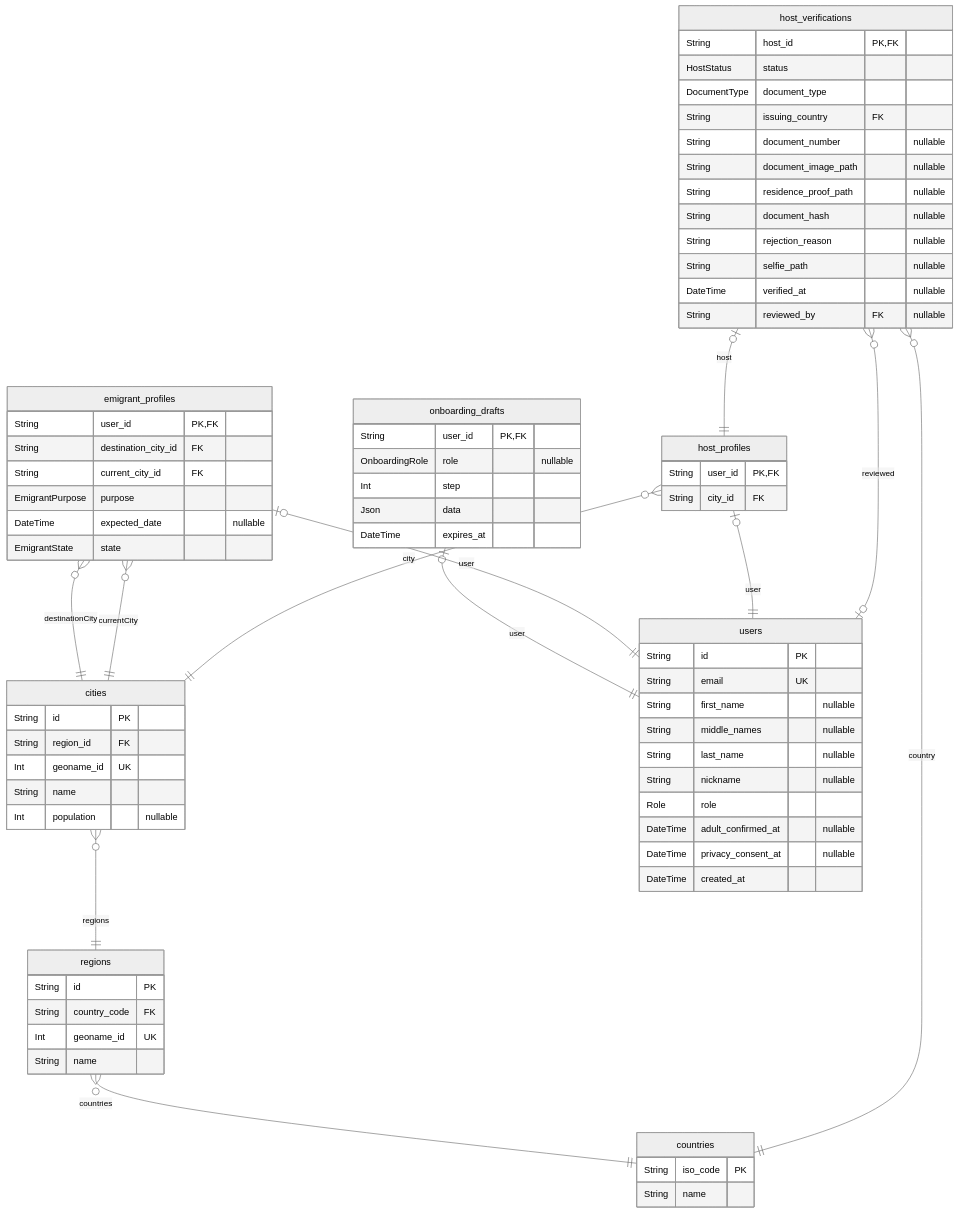
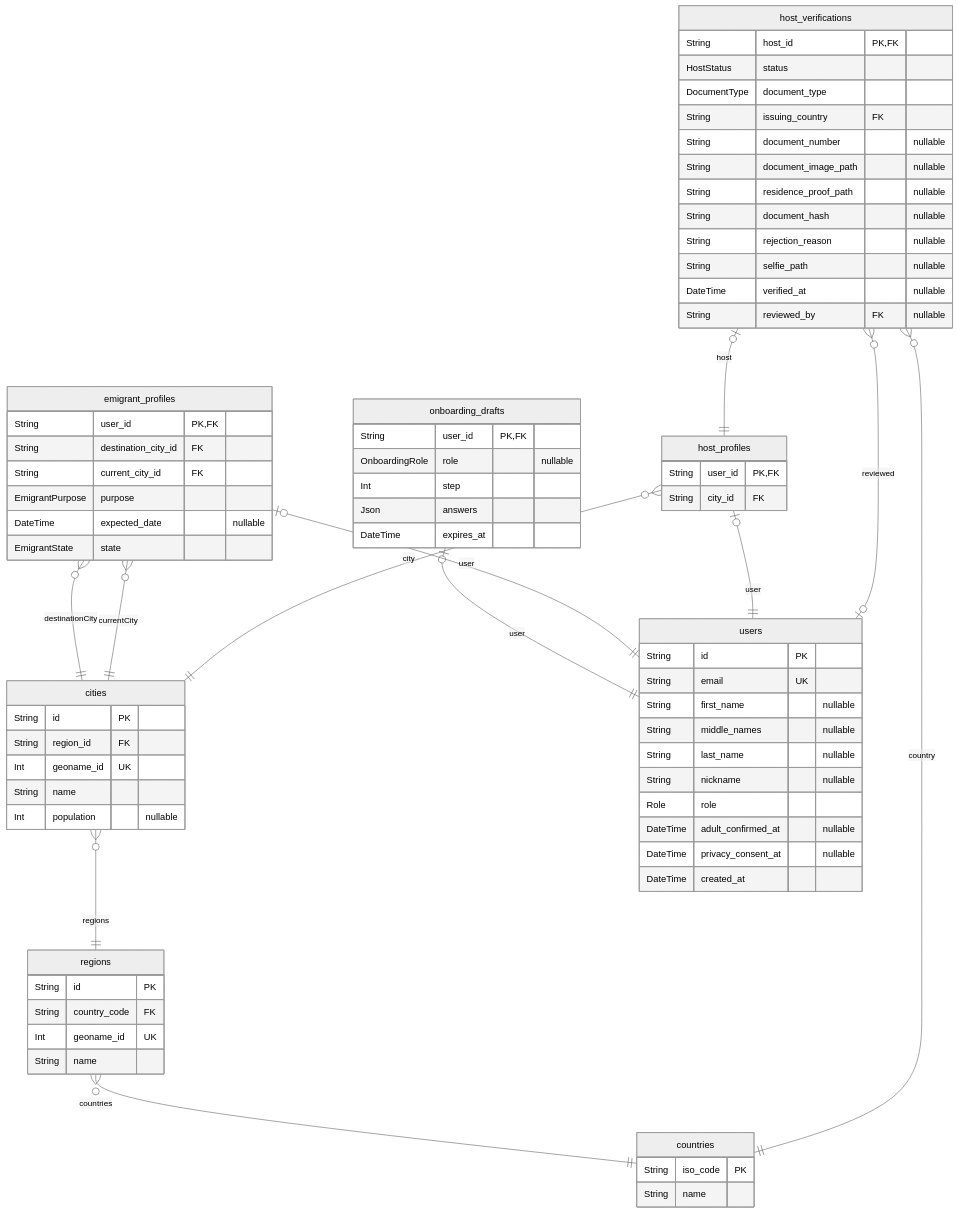
One commit to freddymenezess/farol changed the diagram in docs/diagrama.md. Above: the diagram before and after it, drawn with Mermaid (neutral theme). The commit also changed other lines of this file and 37 other files, not shown here.

````diff
--- a/docs/diagrama.md
+++ b/docs/diagrama.md
@@ -9,76 +9,76 @@
 ```mermaid
 erDiagram
 "countries" {
   String iso_code PK
   String name
 }
 "regions" {
   String id PK
   String country_code FK
   Int geoname_id UK
   String name
 }
 "cities" {
   String id PK
   String region_id FK
   Int geoname_id UK
   String name
   Int population "nullable"
 }
 "users" {
   String id PK
   String email UK
   String first_name "nullable"
   String middle_names "nullable"
   String last_name "nullable"
   String nickname "nullable"
   Role role
   DateTime adult_confirmed_at "nullable"
   DateTime privacy_consent_at "nullable"
   DateTime created_at
 }
 "onboarding_drafts" {
   String user_id PK,FK
   OnboardingRole role "nullable"
   Int step
-  Json data
+  Json answers
   DateTime expires_at
 }
 "emigrant_profiles" {
   String user_id PK,FK
   String destination_city_id FK
   String current_city_id FK
   EmigrantPurpose purpose
   DateTime expected_date "nullable"
   EmigrantState state
 }
 "host_profiles" {
   String user_id PK,FK
   String city_id FK
 }
 "host_verifications" {
   String host_id PK,FK
   HostStatus status
   DocumentType document_type
   String issuing_country FK
   String document_number "nullable"
   String document_image_path "nullable"
   String residence_proof_path "nullable"
   String document_hash "nullable"
   String rejection_reason "nullable"
   String selfie_path "nullable"
   DateTime verified_at "nullable"
   String reviewed_by FK "nullable"
 }
 "regions" }o--|| "countries" : countries
 "cities" }o--|| "regions" : regions
 "onboarding_drafts" |o--|| "users" : user
 "emigrant_profiles" |o--|| "users" : user
 "emigrant_profiles" }o--|| "cities" : destinationCity
 "emigrant_profiles" }o--|| "cities" : currentCity
 "host_profiles" |o--|| "users" : user
 "host_profiles" }o--|| "cities" : city
 "host_verifications" }o--|| "countries" : country
 "host_verifications" |o--|| "host_profiles" : host
 "host_verifications" }o--o| "users" : reviewed
 ```
````
